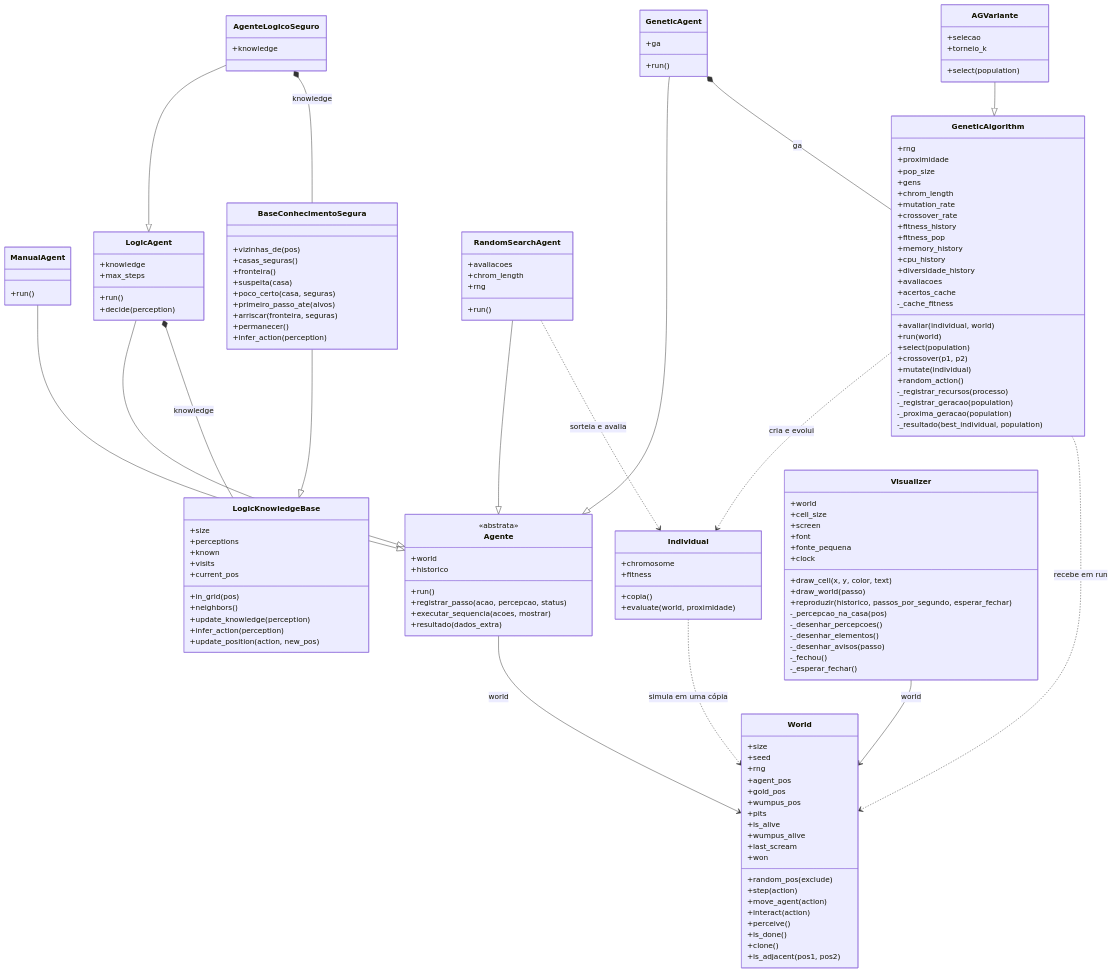
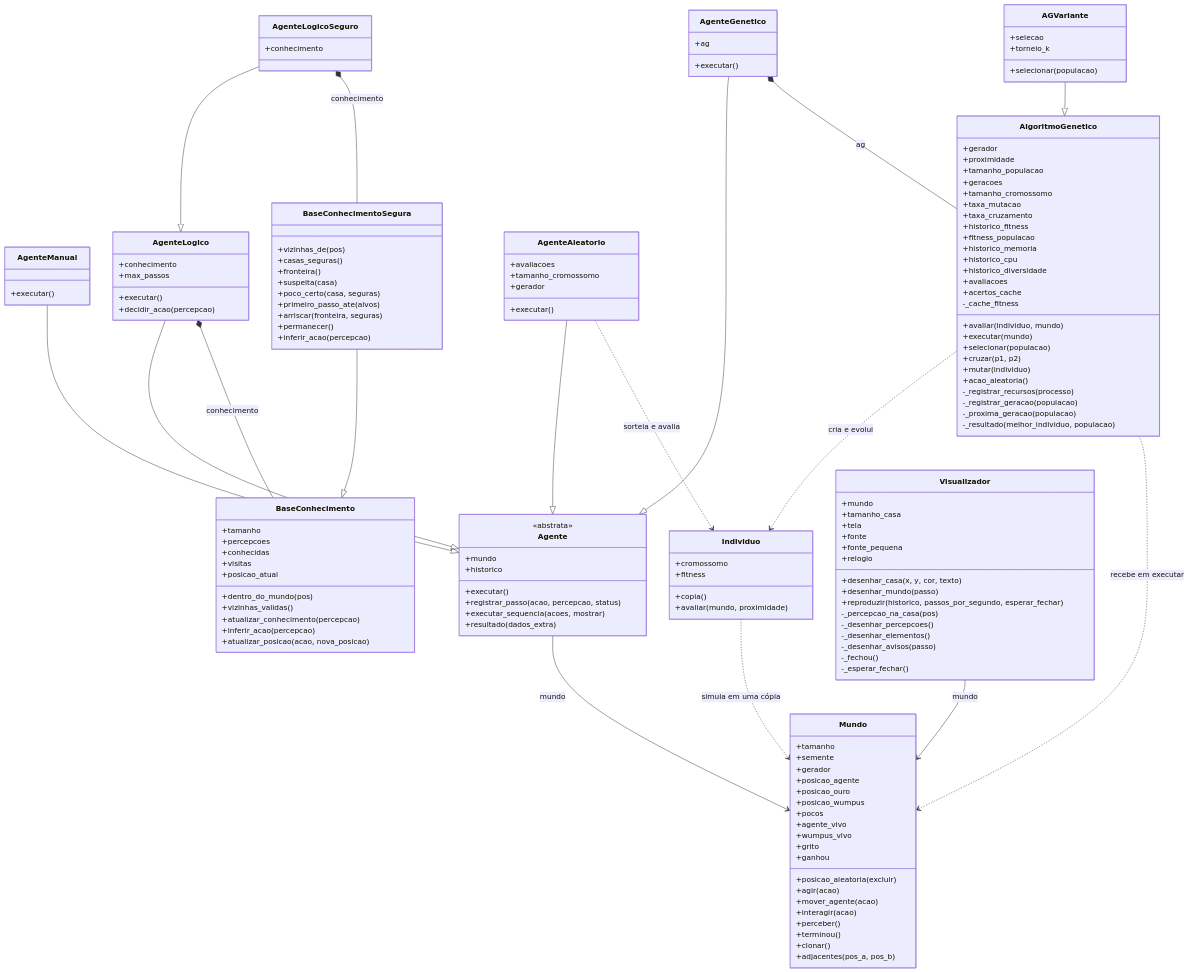
Before and after one commit to ingrid-kiki/wumpus_world_modular: the diagram in docs/arquitetura/classes.md, drawn with Mermaid. The commit also changed other lines of this file and 14 other files, not shown here.

Commit message:
docs: nomes novos nos diagramas, guias e planos

````diff
--- a/docs/arquitetura/classes.md
+++ b/docs/arquitetura/classes.md
@@ -6,63 +6,63 @@
 ```mermaid
 classDiagram
-    class World {
-        +size
-        +seed
-        +rng
-        +agent_pos
-        +gold_pos
-        +wumpus_pos
-        +pits
-        +is_alive
-        +wumpus_alive
-        +last_scream
-        +won
-        +random_pos(exclude)
-        +step(action)
-        +move_agent(action)
-        +interact(action)
-        +perceive()
-        +is_done()
-        +clone()
-        +is_adjacent(pos1, pos2)
+    class Mundo {
+        +tamanho
+        +semente
+        +gerador
+        +posicao_agente
+        +posicao_ouro
+        +posicao_wumpus
+        +pocos
+        +agente_vivo
+        +wumpus_vivo
+        +grito
+        +ganhou
+        +posicao_aleatoria(excluir)
+        +agir(acao)
+        +mover_agente(acao)
+        +interagir(acao)
+        +perceber()
+        +terminou()
+        +clonar()
+        +adjacentes(pos_a, pos_b)
     }
 
     class Agente {
         <<abstrata>>
-        +world
+        +mundo
         +historico
-        +run()
+        +executar()
         +registrar_passo(acao, percepcao, status)
         +executar_sequencia(acoes, mostrar)
         +resultado(dados_extra)
     }
 
-    class ManualAgent {
-        +run()
+    class AgenteManual {
+        +executar()
     }
 
-    class LogicAgent {
-        +knowledge
-        +max_steps
-        +run()
-        +decide(perception)
+    class AgenteLogico {
+        +conhecimento
+        +max_passos
+        +executar()
+        +decidir_acao(percepcao)
     }
 
-    class LogicKnowledgeBase {
-        +size
-        +perceptions
-        +known
-        +visits
-        +current_pos
-        +in_grid(pos)
-        +neighbors()
-        +update_knowledge(perception)
-        +infer_action(perception)
-        +update_position(action, new_pos)
+    class BaseConhecimento {
+        +tamanho
+        +percepcoes
+        +conhecidas
+        +visitas
+        +posicao_atual
+        +dentro_do_mundo(pos)
+        +vizinhas_validas()
+        +atualizar_conhecimento(percepcao)
+        +inferir_acao(percepcao)
+        +atualizar_posicao(acao, nova_posicao)
     }
 
     class AgenteLogicoSeguro {
-        +knowledge
+        +conhecimento
     }
 
     class BaseConhecimentoSegura {
@@ -74,71 +74,71 @@
         +primeiro_passo_ate(alvos)
         +arriscar(fronteira, seguras)
         +permanecer()
-        +infer_action(perception)
+        +inferir_acao(percepcao)
     }
 
-    class GeneticAgent {
-        +ga
-        +run()
+    class AgenteGenetico {
+        +ag
+        +executar()
     }
 
-    class RandomSearchAgent {
+    class AgenteAleatorio {
         +avaliacoes
-        +chrom_length
-        +rng
-        +run()
+        +tamanho_cromossomo
+        +gerador
+        +executar()
     }
 
-    class GeneticAlgorithm {
-        +rng
+    class AlgoritmoGenetico {
+        +gerador
         +proximidade
-        +pop_size
-        +gens
-        +chrom_length
-        +mutation_rate
-        +crossover_rate
-        +fitness_history
-        +fitness_pop
-        +memory_history
-        +cpu_history
-        +diversidade_history
+        +tamanho_populacao
+        +geracoes
+        +tamanho_cromossomo
+        +taxa_mutacao
+        +taxa_cruzamento
+        +historico_fitness
+        +fitness_populacao
+        +historico_memoria
+        +historico_cpu
+        +historico_diversidade
         +avaliacoes
         +acertos_cache
         -_cache_fitness
-        +avaliar(individual, world)
-        +run(world)
-        +select(population)
-        +crossover(p1, p2)
-        +mutate(individual)
-        +random_action()
+        +avaliar(individuo, mundo)
+        +executar(mundo)
+        +selecionar(populacao)
+        +cruzar(p1, p2)
+        +mutar(individuo)
+        +acao_aleatoria()
         -_registrar_recursos(processo)
-        -_registrar_geracao(population)
-        -_proxima_geracao(population)
-        -_resultado(best_individual, population)
+        -_registrar_geracao(populacao)
+        -_proxima_geracao(populacao)
+        -_resultado(melhor_individuo, populacao)
     }
 
     class AGVariante {
         +selecao
         +torneio_k
-        +select(population)
+        +selecionar(populacao)
     }
 
-    class Individual {
-        +chromosome
+    class Individuo {
+        +cromossomo
         +fitness
         +copia()
-        +evaluate(world, proximidade)
+        +avaliar(mundo, proximidade)
     }
 
-    class Visualizer {
-        +world
-        +cell_size
-        +screen
-        +font
+    class Visualizador {
+        +mundo
+        +tamanho_casa
+        +tela
+        +fonte
         +fonte_pequena
-        +clock
-        +draw_cell(x, y, color, text)
-        +draw_world(passo)
+        +relogio
+        +desenhar_casa(x, y, cor, texto)
+        +desenhar_mundo(passo)
         +reproduzir(historico, passos_por_segundo, esperar_fechar)
         -_percepcao_na_casa(pos)
         -_desenhar_percepcoes()
@@ -148,24 +148,24 @@
         -_esperar_fechar()
     }
 
-    Agente --> World : world
-    ManualAgent --|> Agente
-    LogicAgent --|> Agente
-    GeneticAgent --|> Agente
-    RandomSearchAgent --|> Agente
-    Visualizer --> World : world
+    Agente --> Mundo : mundo
+    AgenteManual --|> Agente
+    AgenteLogico --|> Agente
+    AgenteGenetico --|> Agente
+    AgenteAleatorio --|> Agente
+    Visualizador --> Mundo : mundo
 
-    LogicAgent *-- LogicKnowledgeBase : knowledge
-    GeneticAgent *-- GeneticAlgorithm : ga
-    AGVariante --|> GeneticAlgorithm
-    AgenteLogicoSeguro --|> LogicAgent
-    BaseConhecimentoSegura --|> LogicKnowledgeBase
-    AgenteLogicoSeguro *-- BaseConhecimentoSegura : knowledge
+    AgenteLogico *-- BaseConhecimento : conhecimento
+    AgenteGenetico *-- AlgoritmoGenetico : ag
+    AGVariante --|> AlgoritmoGenetico
+    AgenteLogicoSeguro --|> AgenteLogico
+    BaseConhecimentoSegura --|> BaseConhecimento
+    AgenteLogicoSeguro *-- BaseConhecimentoSegura : conhecimento
 
-    GeneticAlgorithm ..> Individual : cria e evolui
-    RandomSearchAgent ..> Individual : sorteia e avalia
-    GeneticAlgorithm ..> World : recebe em run
-    Individual ..> World : simula em uma cópia
+    AlgoritmoGenetico ..> Individuo : cria e evolui
+    AgenteAleatorio ..> Individuo : sorteia e avalia
+    AlgoritmoGenetico ..> Mundo : recebe em executar
+    Individuo ..> Mundo : simula em uma cópia
 
 
 ```
````
